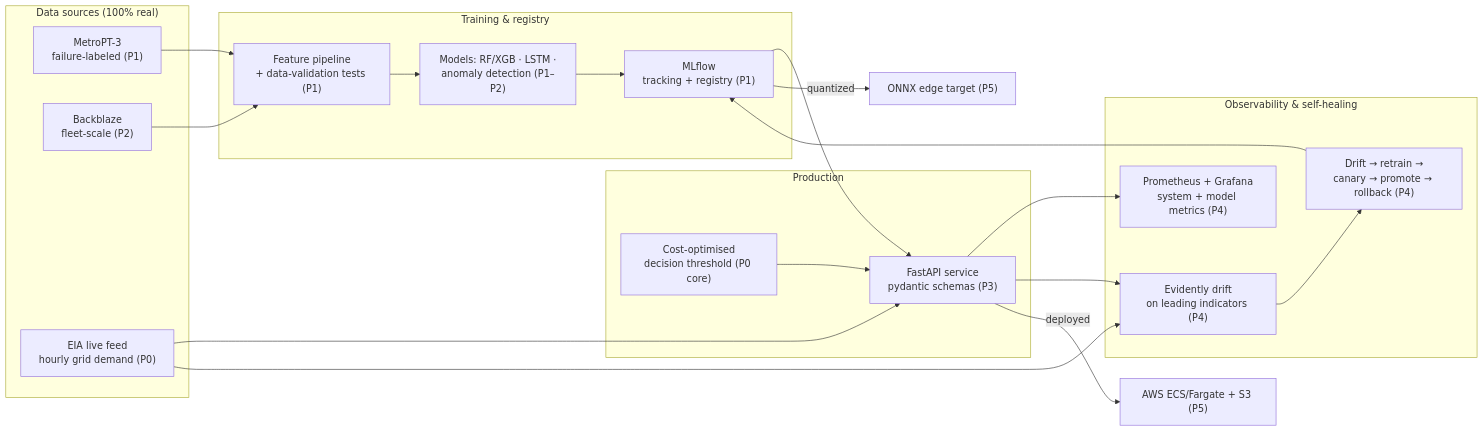
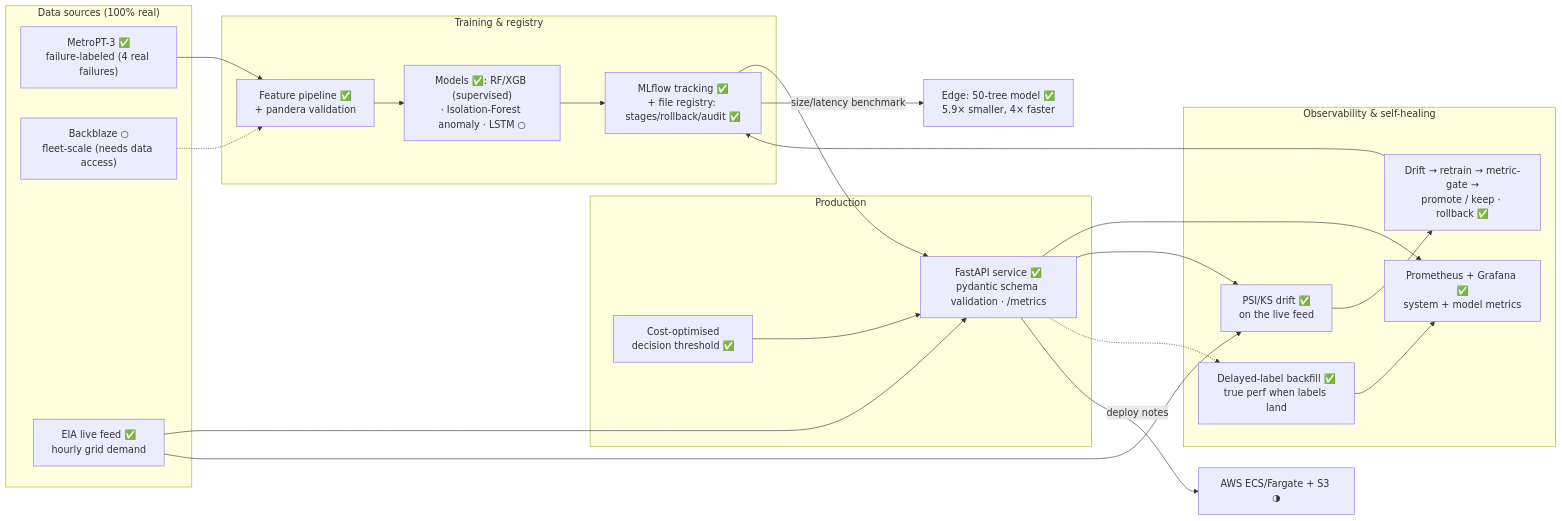
Before and after one commit to rpatel0022/gridsentinel-predictive-maintenance: the diagram in docs/architecture.md, drawn with Mermaid. The commit also changed other lines of this file and 1 other file, not shown here.

Commit message:
docs: refresh architecture diagram to the built system
Updates docs/architecture.md from the Phase 0 sketch to what is actually built
(built/notes/deferred markers): supervised + anomaly models (LSTM deferred),
in-house PSI/KS drift (not Evidently), file-based registry with stages/rollback/
audit, the size/latency edge benchmark (not ONNX), delayed-label backfill, and
the CI metric gate + p99 SLO. Records that Backblaze was probed and is 403/JS-
gated in-sandbox -- deferred, not faked (no pipeline against unvalidated data).

108 tests green (docs-only change).

Claude-Session: https://claude.ai/code/session_01MnG97eX3kRusQACadtwAsC

````diff
--- a/docs/architecture.md
+++ b/docs/architecture.md
@@ -6,38 +6,40 @@
 ```mermaid
 flowchart LR
     subgraph Data["Data sources (100% real)"]
-        DS1["MetroPT-3<br/>failure-labeled (P1)"]
-        DS2["Backblaze<br/>fleet-scale (P2)"]
-        LF["EIA live feed<br/>hourly grid demand (P0)"]
+        DS1["MetroPT-3 ✅<br/>failure-labeled (4 real failures)"]
+        DS2["Backblaze ○<br/>fleet-scale (needs data access)"]
+        LF["EIA live feed ✅<br/>hourly grid demand"]
     end
 
     subgraph Train["Training & registry"]
-        FP["Feature pipeline<br/>+ data-validation tests (P1)"]
-        ML["Models: RF/XGB · LSTM ·<br/>anomaly detection (P1–P2)"]
-        REG["MLflow<br/>tracking + registry (P1)"]
+        FP["Feature pipeline ✅<br/>+ pandera validation"]
+        ML["Models ✅: RF/XGB (supervised)<br/>· Isolation-Forest anomaly · LSTM ○"]
+        REG["MLflow tracking ✅<br/>+ file registry: stages/rollback/audit ✅"]
     end
 
     subgraph Serve["Production"]
-        API["FastAPI service<br/>pydantic schemas (P3)"]
-        COST["Cost-optimised<br/>decision threshold (P0 core)"]
+        API["FastAPI service ✅<br/>pydantic schema validation · /metrics"]
+        COST["Cost-optimised<br/>decision threshold ✅"]
     end
 
     subgraph Ops["Observability & self-healing"]
-        MON["Prometheus + Grafana<br/>system + model metrics (P4)"]
-        DRIFT["Evidently drift<br/>on leading indicators (P4)"]
-        RETRAIN["Drift → retrain →<br/>canary → promote → rollback (P4)"]
+        MON["Prometheus + Grafana ✅<br/>system + model metrics"]
+        DRIFT["PSI/KS drift ✅<br/>on the live feed"]
+        RETRAIN["Drift → retrain → metric-gate →<br/>promote / keep · rollback ✅"]
+        BF["Delayed-label backfill ✅<br/>true perf when labels land"]
     end
 
     DS1 --> FP
-    DS2 --> FP
+    DS2 -.-> FP
     FP --> ML --> REG --> API
     COST --> API
     LF --> API
     API --> MON
     LF --> DRIFT
     API --> DRIFT
     DRIFT --> RETRAIN --> REG
+    API -.-> BF --> MON
 
-    API -->|deployed| AWS["AWS ECS/Fargate + S3 (P5)"]
-    REG -->|quantized| EDGE["ONNX edge target (P5)"]
+    API -->|deploy notes| AWS["AWS ECS/Fargate + S3 ◑"]
+    REG -->|size/latency benchmark| EDGE["Edge: 50-tree model ✅<br/>5.9× smaller, 4× faster"]
 ```
````
